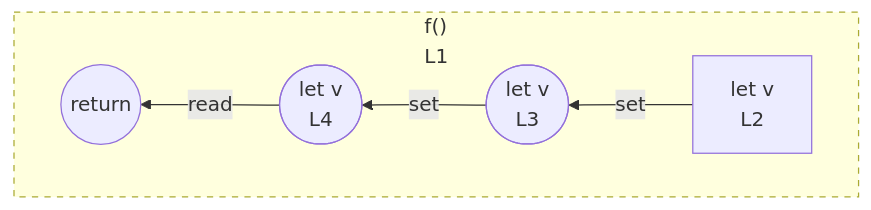
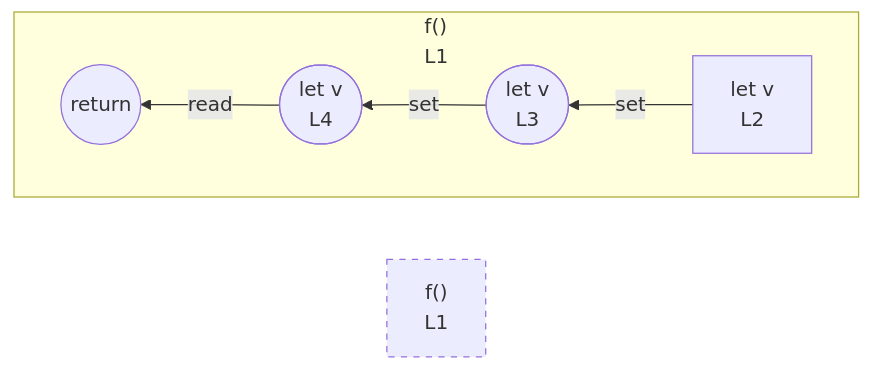
One commit to crescware/unsnarl changed the diagram in integration/fixtures/function-let/preview.md. Above: the diagram before and after it, drawn with Mermaid. The commit also changed 28 other files, not shown here.

First line of the commit message:
feat(visual-graph): always emit a node for the function's name

````diff
--- a/integration/fixtures/function-let/preview.md
+++ b/integration/fixtures/function-let/preview.md
@@ -16,15 +16,16 @@
 ```mermaid
 flowchart RL
-  subgraph n_scope_0_f_9["f()<br/>L1"]
+  n_scope_0_f_9["f()<br/>L1"]
+  subgraph s_scope_1["f()<br/>L1"]
     direction RL
     return_scope_0_f_9((return))
     n_scope_1_v_21["let v<br/>L2"]
     wr_ref_0(["let v<br/>L3"])
     wr_ref_1(["let v<br/>L4"])
   end
   n_scope_1_v_21 -->|set| wr_ref_0
   wr_ref_0 -->|set| wr_ref_1
   wr_ref_1 -->|read| return_scope_0_f_9
   classDef unused stroke-dasharray: 5 5;
   class n_scope_0_f_9 unused;
 ```
````
